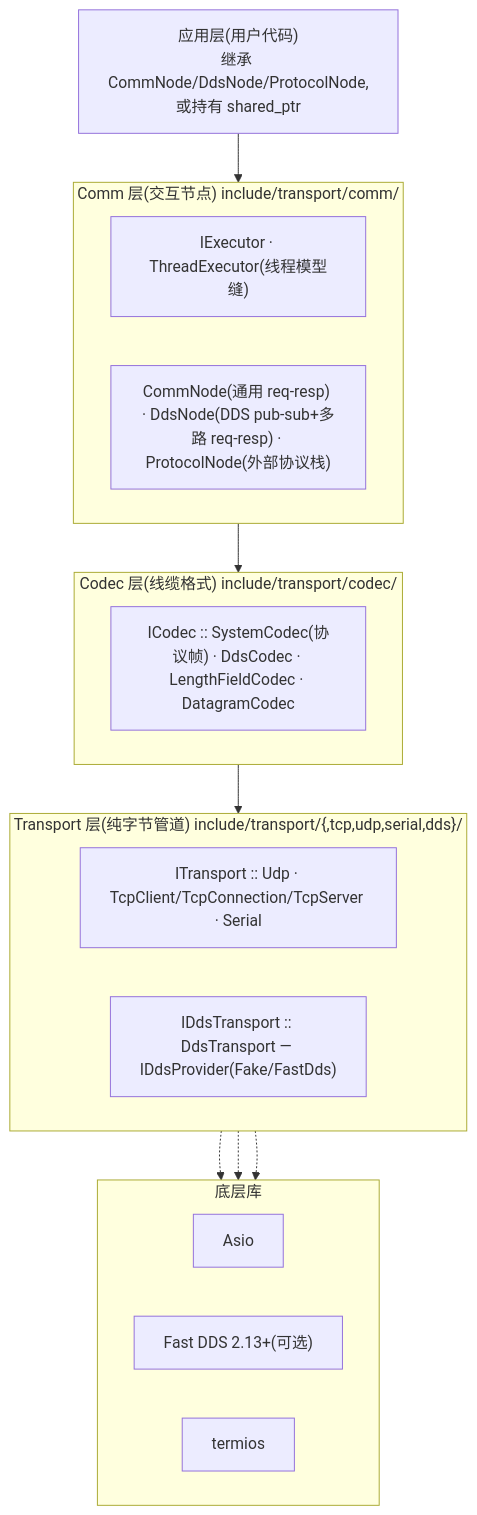
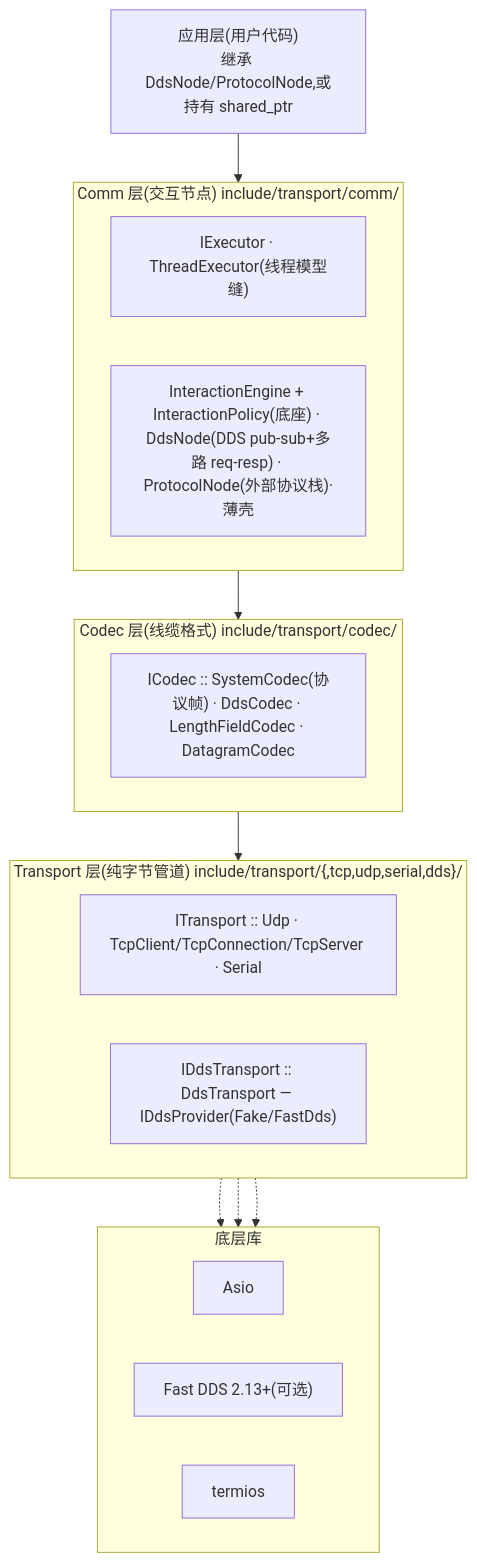
The first of 3 diagrams in docs/设计说明书.md (Ste7an-cs/Transport), drawn with Mermaid before and after one commit. The commit also changed other lines of this file and 2 other files, not shown here.

Commit message:
docs: 同步 SRS/SDD/README 至 InteractionEngine+InteractionPolicy 架构(机制抽一份/声明式策略;DdsNode·ProtocolNode 薄壳;CommNode 移除;ProtocolNode 加 cmd 参数)

````diff
--- a/docs/设计说明书.md
+++ b/docs/设计说明书.md
@@ -21,24 +21,24 @@
 ```mermaid
 flowchart TB
-  App["应用层(用户代码)<br/>继承 CommNode/DdsNode/ProtocolNode,或持有 shared_ptr"]
+  App["应用层(用户代码)<br/>继承 DdsNode/ProtocolNode,或持有 shared_ptr<ITransport>"]
   subgraph L3["Comm 层(交互节点) include/transport/comm/"]
     direction LR
     E["IExecutor · ThreadExecutor(线程模型缝)"]
-    N["CommNode(通用 req-resp) · DdsNode(DDS pub-sub+多路 req-resp) · ProtocolNode(外部协议栈)"]
+    N["InteractionEngine + InteractionPolicy(底座) · DdsNode(DDS pub-sub+多路 req-resp) · ProtocolNode(外部协议栈)·薄壳"]
   end
   subgraph L2["Codec 层(线缆格式) include/transport/codec/"]
     direction LR
     C["ICodec :: SystemCodec(协议帧) · DdsCodec · LengthFieldCodec · DatagramCodec"]
   end
   subgraph L1["Transport 层(纯字节管道) include/transport/{,tcp,udp,serial,dds}/"]
     direction LR
     T["ITransport :: Udp · TcpClient/TcpConnection/TcpServer · Serial"]
     D["IDdsTransport :: DdsTransport — IDdsProvider(Fake/FastDds)"]
   end
   subgraph Libs["底层库"]
     direction LR
     asio["Asio"]; fastdds["Fast DDS 2.13+(可选)"]; termios["termios"]
   end
   App --> L3 --> L2 --> L1
   T -.-> asio; D -.-> fastdds; T -.-> termios
 ```
````
